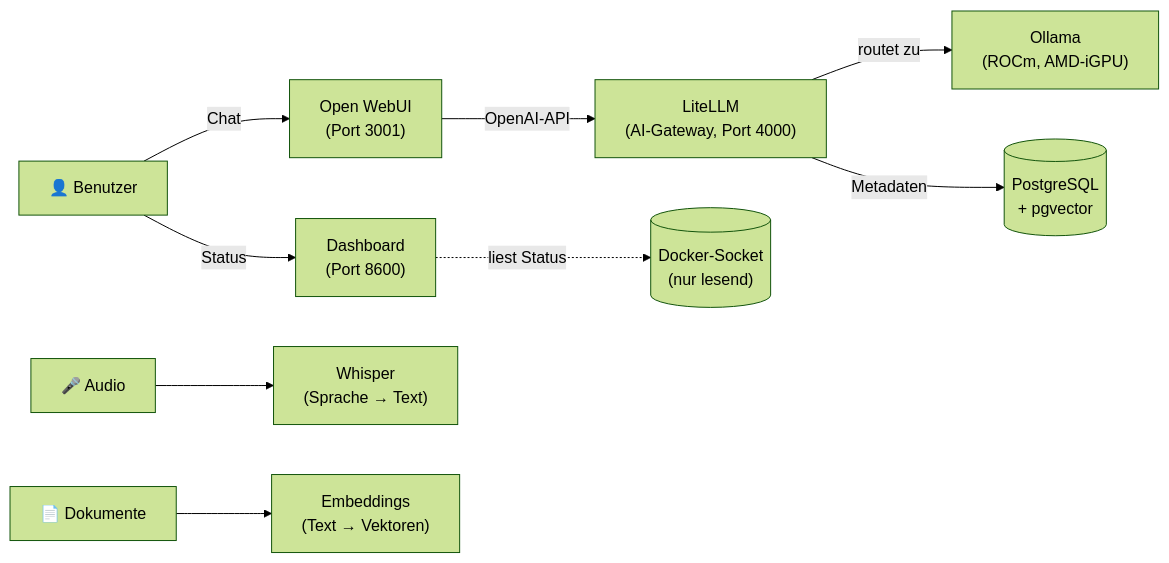
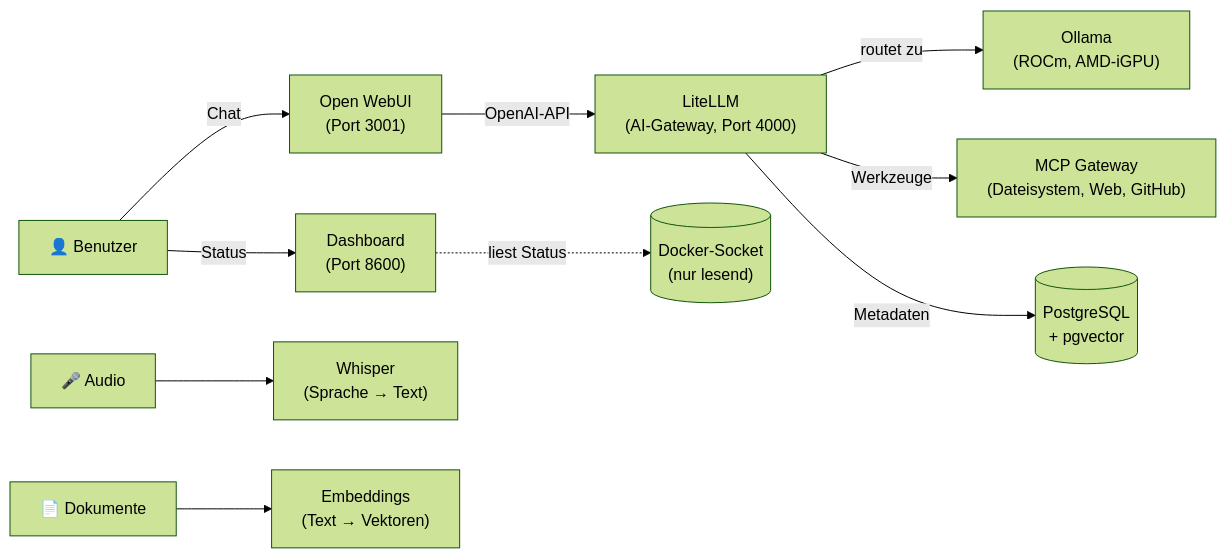
One commit to derBerliner1983/self-hosted-llm-stack changed the first of 2 diagrams in README.md. Above: the diagram before and after it, drawn with Mermaid (forest theme). The commit also changed other lines of this file and 8 other files, not shown here.

First line of the commit message:
feat: restore MCP Gateway in the ROCm stack

````diff
--- a/README.md
+++ b/README.md
@@ -84,11 +84,12 @@
 ```mermaid
 graph LR
     U["👤 Benutzer"] -->|Chat| W["Open WebUI<br/>(Port 3001)"]
     U -->|Status| DASH["Dashboard<br/>(Port 8600)"]
     W -->|OpenAI-API| L["LiteLLM<br/>(AI-Gateway, Port 4000)"]
     L -->|routet zu| O["Ollama<br/>(ROCm, AMD-iGPU)"]
+    L -->|Werkzeuge| M["MCP Gateway<br/>(Dateisystem, Web, GitHub)"]
     L -->|Metadaten| DB[("PostgreSQL<br/>+ pgvector")]
     A["🎤 Audio"] --> WH["Whisper<br/>(Sprache → Text)"]
     D["📄 Dokumente"] --> E["Embeddings<br/>(Text → Vektoren)"]
     DASH -.->|liest Status| SOCK[("Docker-Socket<br/>(nur lesend)")]
 ```
````
